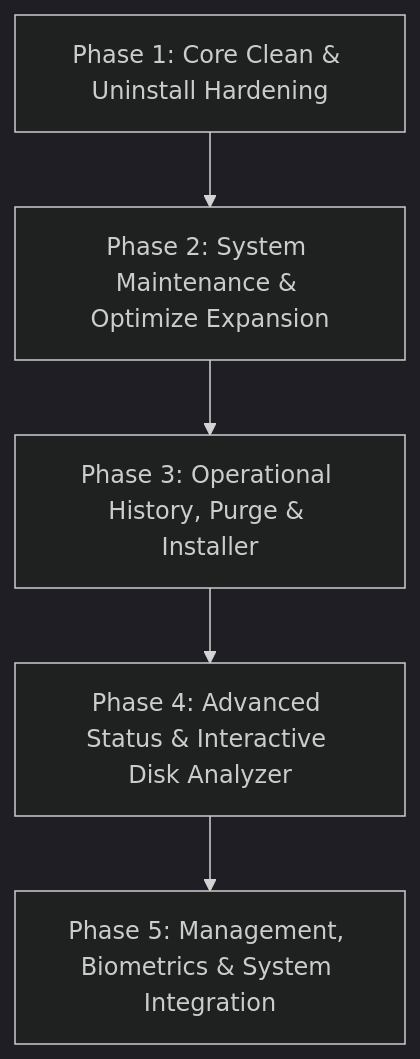
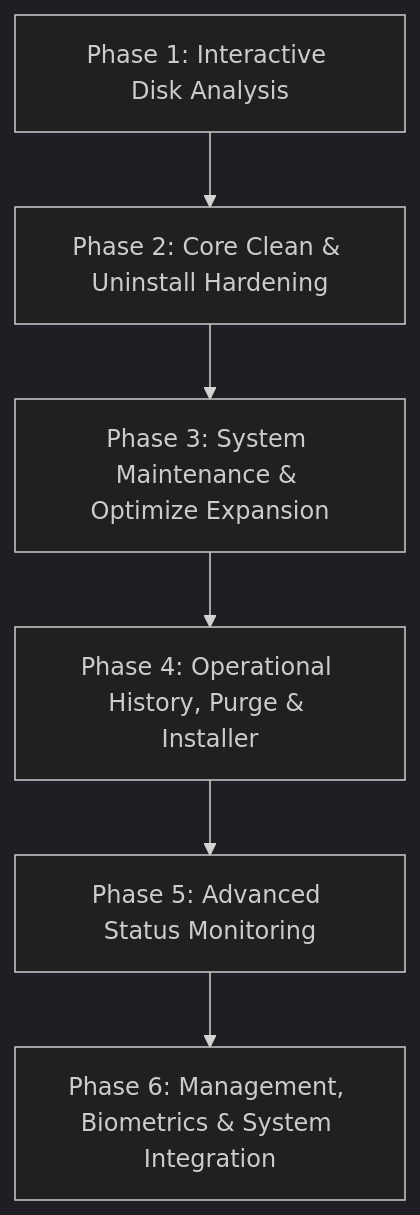
One commit to baroitrung/mu changed the diagram in docs/plans/active/mole-parity.md. Above: the diagram before and after it, drawn with Mermaid (dark theme). The commit also changed other lines of this file, not shown here.

Commit message:
docs(plan): promote mu analyze to Phase 1 and reorder phases

````diff
--- a/docs/plans/active/mole-parity.md
+++ b/docs/plans/active/mole-parity.md
@@ -157,7 +158,8 @@
 ```mermaid
 graph TD
-    P1[Phase 1: Core Clean & Uninstall Hardening] --> P2[Phase 2: System Maintenance & Optimize Expansion]
-    P2 --> P3[Phase 3: Operational History, Purge & Installer]
-    P3 --> P4[Phase 4: Advanced Status & Interactive Disk Analyzer]
-    P4 --> P5[Phase 5: Management, Biometrics & System Integration]
+    P1[Phase 1: Interactive Disk Analysis] --> P2[Phase 2: Core Clean & Uninstall Hardening]
+    P2 --> P3[Phase 3: System Maintenance & Optimize Expansion]
+    P3 --> P4[Phase 4: Operational History, Purge & Installer]
+    P4 --> P5[Phase 5: Advanced Status Monitoring]
+    P5 --> P6[Phase 6: Management, Biometrics & System Integration]
 ```
````
